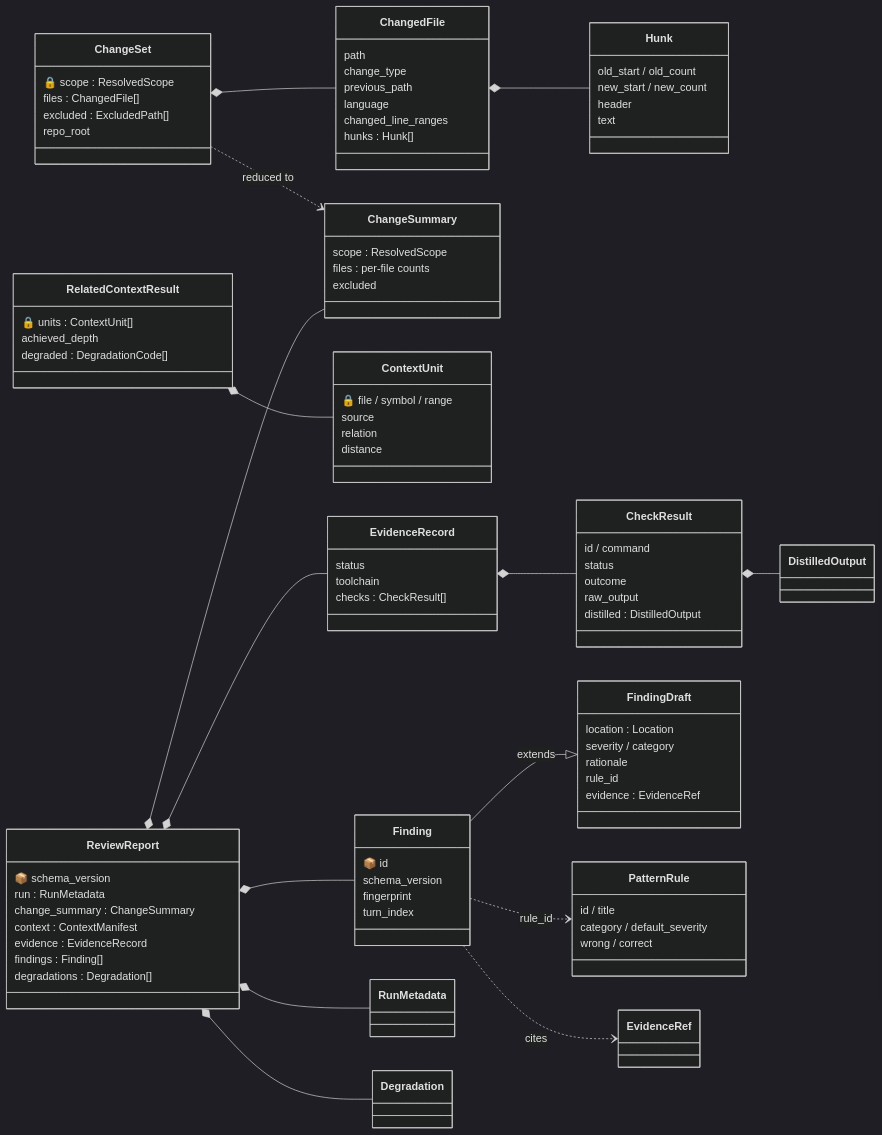
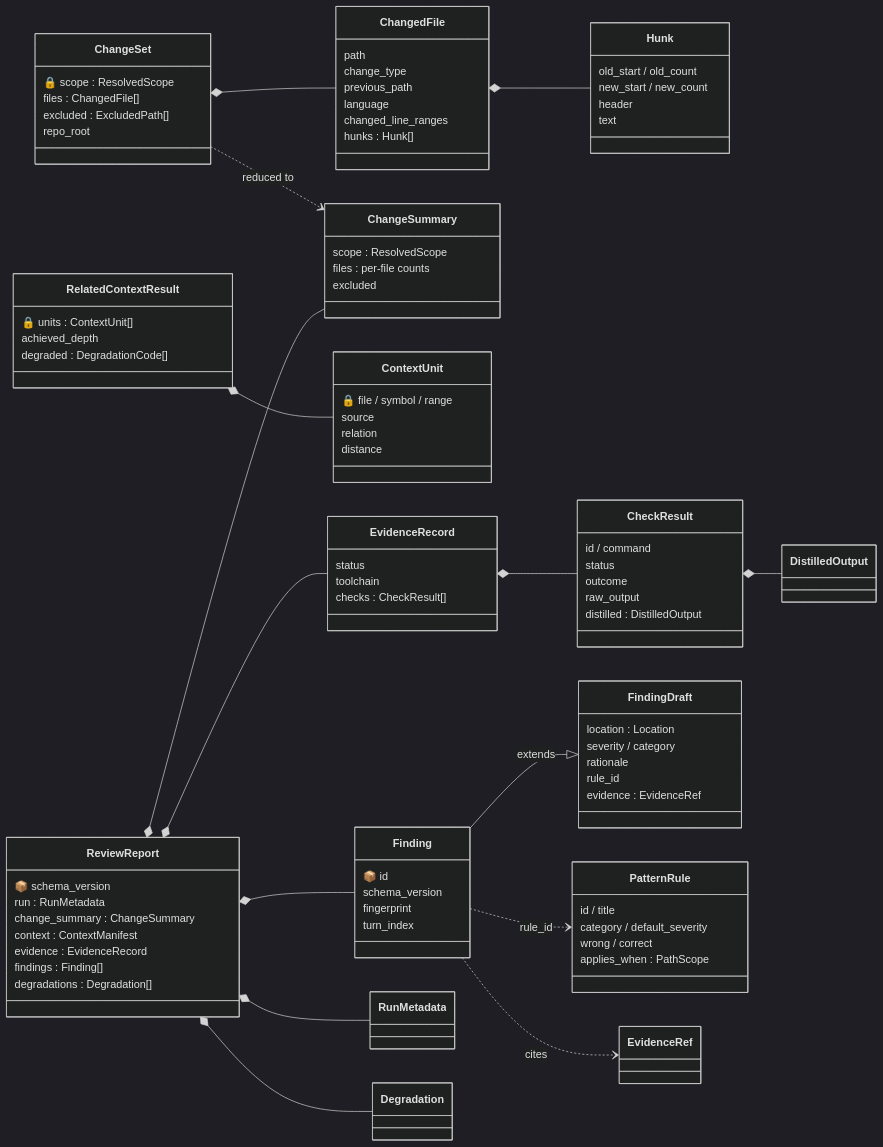
The first of 3 diagrams in Docs/design/02-domain-model.md (MoKenawy/Pull-request-Reviewer), drawn with Mermaid (dark theme) before and after one commit. The commit also changed other lines of this file and 2 other files, not shown here.

```diff
--- a/Docs/design/02-domain-model.md
+++ b/Docs/design/02-domain-model.md
@@ -103,6 +103,7 @@
         id / title
         category / default_severity
         wrong / correct
+        applies_when : PathScope
     }
 
     ReviewReport *-- RunMetadata
```
